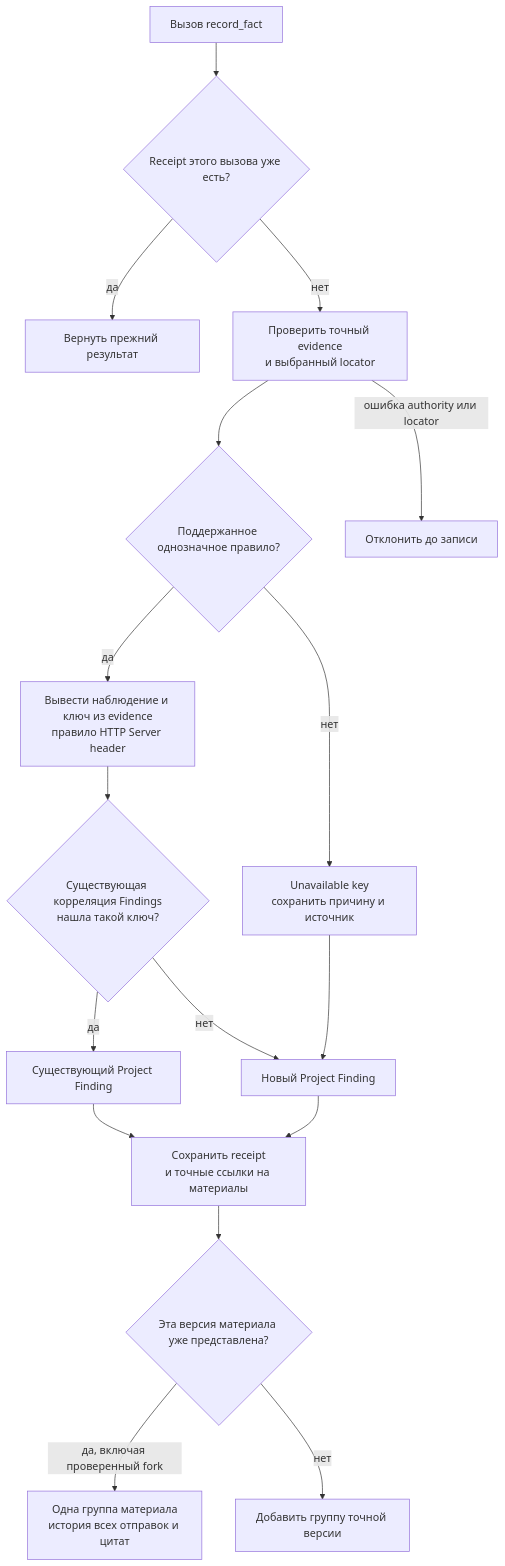
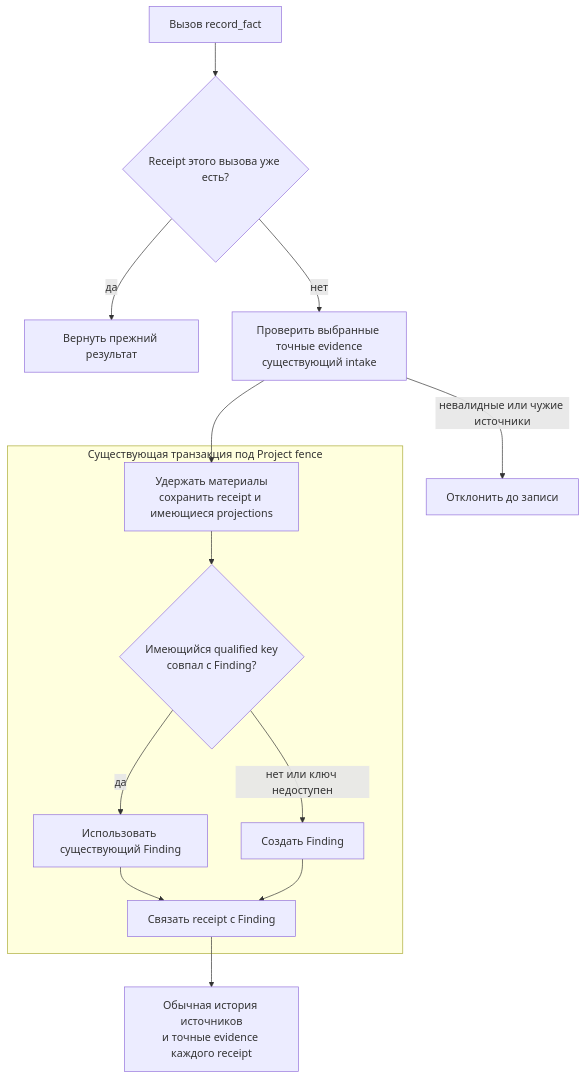
Before and after one commit to grauwolf32/contractor: the fifth of 6 diagrams in docs/proposals/0055-project-facts-through-findings.md, drawn with Mermaid. The commit also changed other lines of this file and 8 other files, not shown here.

````diff
--- a/docs/proposals/0055-project-facts-through-findings.md
+++ b/docs/proposals/0055-project-facts-through-findings.md
@@ -270,19 +232,16 @@
 ```mermaid
 flowchart TD
     C["Вызов record_fact"] --> R{"Receipt этого вызова уже есть?"}
     R -->|"да"| E["Вернуть прежний результат"]
-    R -->|"нет"| S["Проверить точный evidence<br/>и выбранный locator"]
-    S --> Q{"Поддержанное однозначное правило?"}
-    S -->|"ошибка authority или locator"| X["Отклонить до записи"]
-    Q -->|"да"| D["Вывести наблюдение и ключ из evidence<br/>правило HTTP Server header"]
-    Q -->|"нет"| U["Unavailable key<br/>сохранить причину и источник"]
-    D --> K{"Существующая корреляция Findings<br/>нашла такой ключ?"}
-    K -->|"да"| F["Существующий Project Finding"]
-    K -->|"нет"| N["Новый Project Finding"]
-    U --> N
-    F --> W["Сохранить receipt<br/>и точные ссылки на материалы"]
-    N --> W
-    W --> V{"Эта версия материала уже представлена?"}
-    V -->|"да, включая проверенный fork"| G["Одна группа материала<br/>история всех отправок и цитат"]
-    V -->|"нет"| A["Добавить группу точной версии"]
+    R -->|"нет"| S["Проверить выбранные точные evidence<br/>существующий intake"]
+    S -->|"невалидные или чужие источники"| X["Отклонить до записи"]
+    S --> W
+    subgraph TX["Существующая транзакция под Project fence"]
+        W["Удержать материалы<br/>сохранить receipt и имеющиеся projections"] --> K{"Имеющийся qualified key<br/>совпал с Finding?"}
+        K -->|"да"| F["Использовать существующий Finding"]
+        K -->|"нет или ключ недоступен"| N["Создать Finding"]
+        F --> L["Связать receipt с Finding"]
+        N --> L
+    end
+    L --> H["Обычная история источников<br/>и точные evidence каждого receipt"]
 ```
````
